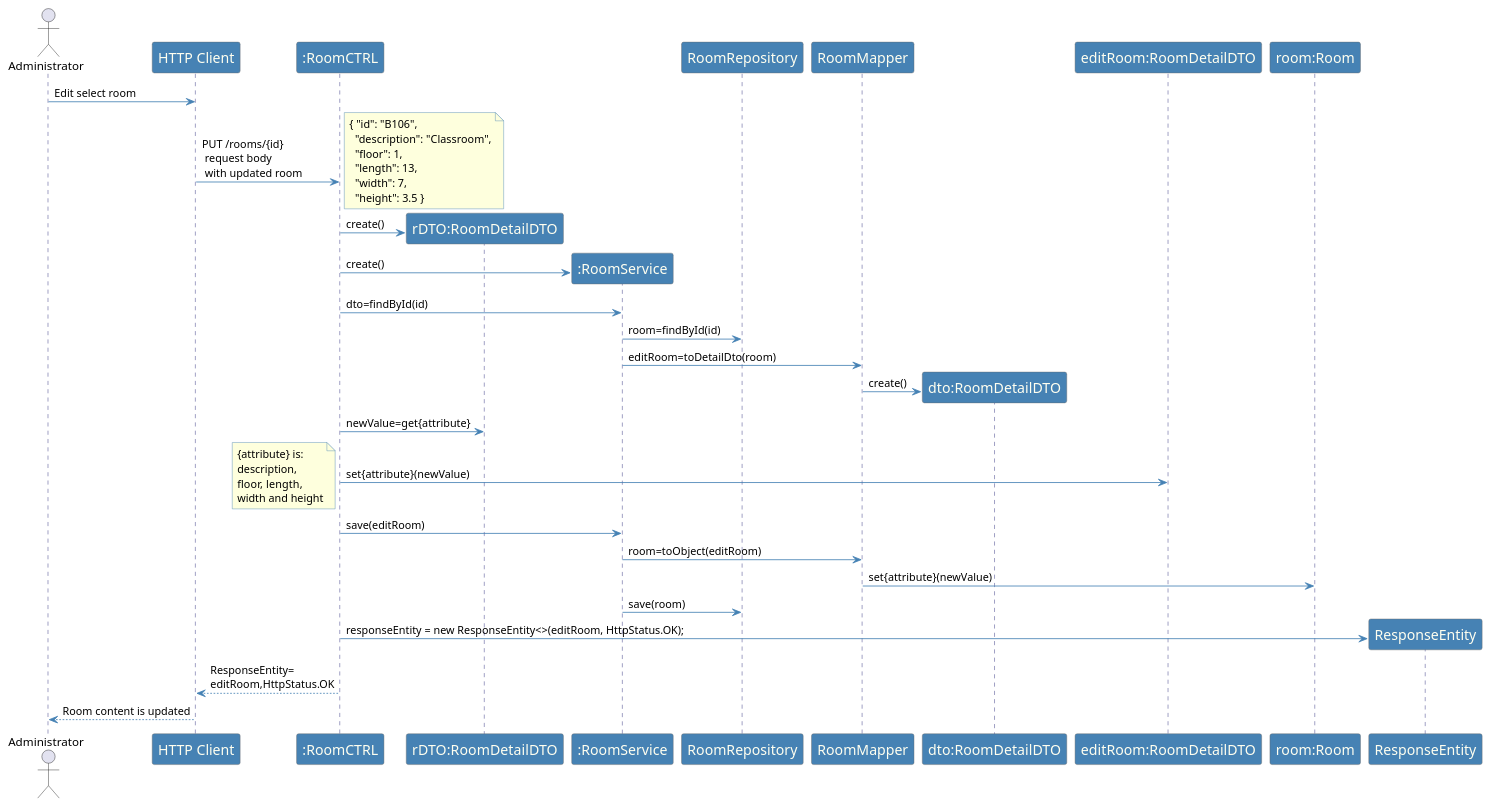
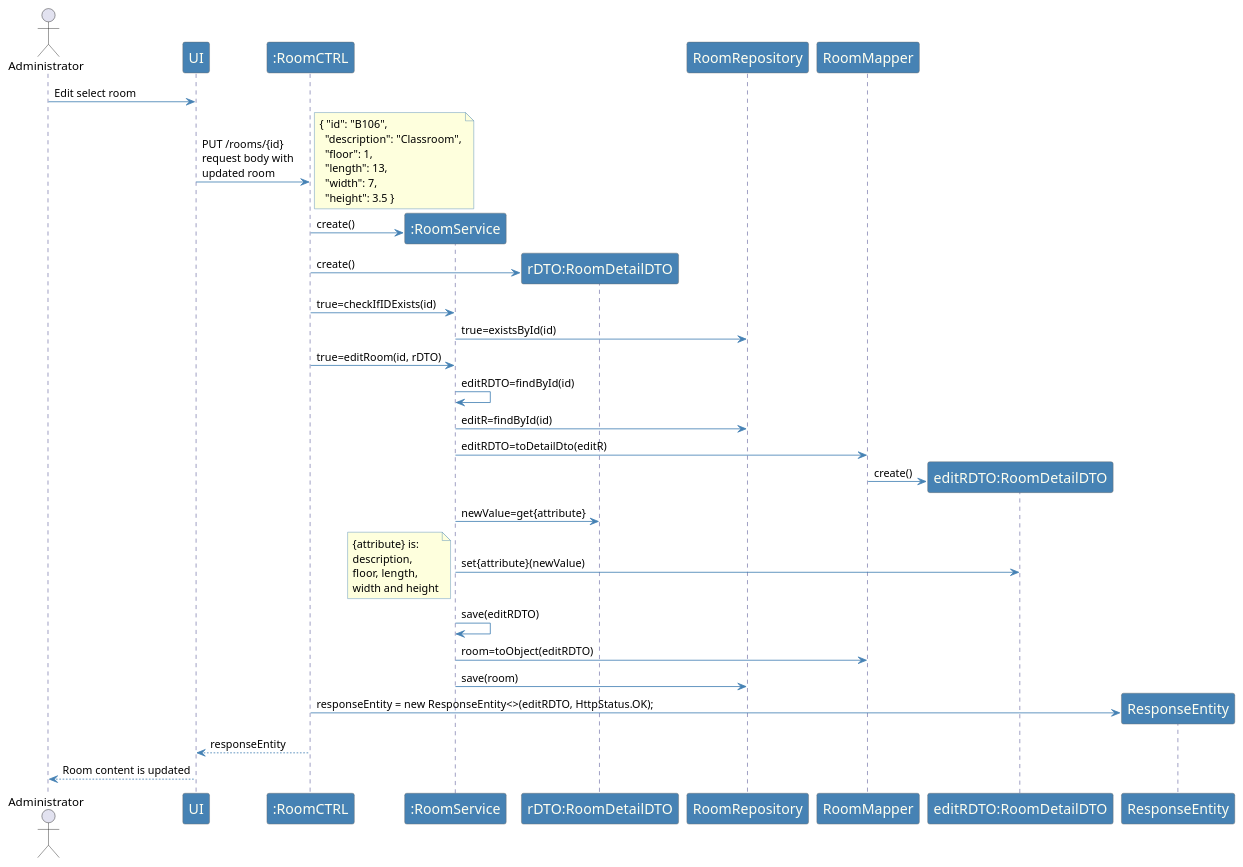
The diagram in src/main/java/smarthome/controller/rest/sequenceDiagrams/sd_EditRoomWithUi.puml (emanuel-pereira/hou), drawn with PlantUML before and after one commit.

Commit message:
Sequence diagram

```diff
--- a/src/main/java/smarthome/controller/rest/sequenceDiagrams/sd_EditRoomWithUi.puml
+++ b/src/main/java/smarthome/controller/rest/sequenceDiagrams/sd_EditRoomWithUi.puml
@@ -1,67 +1,68 @@
 @startuml
 
 
 actor Administrator
 
 skinparam sequence {
-	ArrowColor SteelBlue
-	ActorBorderColor Dimgray
-	LifeLineBorderColor MidnightBlue
-	LifeLineBackgroundColor #A9DCDF
+   ArrowColor SteelBlue
+   ActorBorderColor Dimgray
+   LifeLineBorderColor MidnightBlue
+   LifeLineBackgroundColor #A9DCDF
 
-	ParticipantBorderColor Dimgray
-	ParticipantBackgroundColor SteelBlue
-	ParticipantFontName Calibri Bold
-	ParticipantFontSize 17
-	ParticipantFontColor Ivory
+   ParticipantBorderColor Dimgray
+   ParticipantBackgroundColor SteelBlue
+   ParticipantFontName Calibri Bold
+   ParticipantFontSize 17
+   ParticipantFontColor Ivory
 
-	ActorBackgroundColor SteelBlue
-	ActorFontColor MidnightBlue
-	ActorFontSize 17
-	ActorFontName Aapex
+   ActorBackgroundColor SteelBlue
+   ActorFontColor MidnightBlue
+   ActorFontSize 17
+   ActorFontName Aapex
 }
 
 skinparam note {
 BorderColor SteelBlue
 }
 
-Administrator -> "HTTP Client": Edit select room
-"HTTP Client" -> ":RoomCTRL":  PUT /rooms/{id}\n request body \n with updated room
+Administrator -> "UI": Edit select room
+"UI" -> ":RoomCTRL":  PUT /rooms/{id}\nrequest body with \nupdated room
 note right
 { "id": "B106",
   "description": "Classroom",
   "floor": 1,
   "length": 13,
   "width": 7,
   "height": 3.5 }
 end note
+create ":RoomService"
+":RoomCTRL" -> ":RoomService": create()
 create "rDTO:RoomDetailDTO"
 ":RoomCTRL" -> "rDTO:RoomDetailDTO": create()
-create ":RoomService"
-":RoomCTRL" -> ":RoomService": create()
-":RoomCTRL" -> ":RoomService": dto=findById(id)
-":RoomService" -> RoomRepository: room=findById(id)
-":RoomService" -> RoomMapper: editRoom=toDetailDto(room)
-create "dto:RoomDetailDTO"
-RoomMapper -> "dto:RoomDetailDTO": create()
-":RoomCTRL" -> "rDTO:RoomDetailDTO": newValue=get{attribute}
-":RoomCTRL"  -> "editRoom:RoomDetailDTO": set{attribute}(newValue)
+":RoomCTRL" -> ":RoomService": true=checkIfIDExists(id)
+":RoomService" -> RoomRepository: true=existsById(id)
+":RoomCTRL" -> ":RoomService": true=editRoom(id, rDTO)
+":RoomService" -> ":RoomService": editRDTO=findById(id)
+":RoomService" -> RoomRepository: editR=findById(id)
+":RoomService" -> RoomMapper: editRDTO=toDetailDto(editR)
+create "editRDTO:RoomDetailDTO"
+RoomMapper -> "editRDTO:RoomDetailDTO": create()
+":RoomService" -> "rDTO:RoomDetailDTO": newValue=get{attribute}
+":RoomService"  -> "editRDTO:RoomDetailDTO": set{attribute}(newValue)
 
 note left
 {attribute} is:
 description,
 floor, length,
 width and height
     end note
-":RoomCTRL" -> ":RoomService": save(editRoom)
-":RoomService" -> RoomMapper: room=toObject(editRoom)
-RoomMapper -> "room:Room": set{attribute}(newValue)
-
+":RoomService" -> ":RoomService": save(editRDTO)
+":RoomService" -> RoomMapper: room=toObject(editRDTO)
 ":RoomService" -> RoomRepository: save(room)
 create ResponseEntity
-":RoomCTRL" -> ResponseEntity: responseEntity = new ResponseEntity<>(editRoom, HttpStatus.OK);
+":RoomCTRL" -> ResponseEntity: responseEntity = new ResponseEntity<>(editRDTO, HttpStatus.OK);
 
-"HTTP Client" <-- ":RoomCTRL": ResponseEntity=\neditRoom,HttpStatus.OK
-Administrator <-- "HTTP Client": Room content is updated
+"UI" <-- ":RoomCTRL": responseEntity
+Administrator <-- "UI": Room content is updated
 
 @enduml
```
